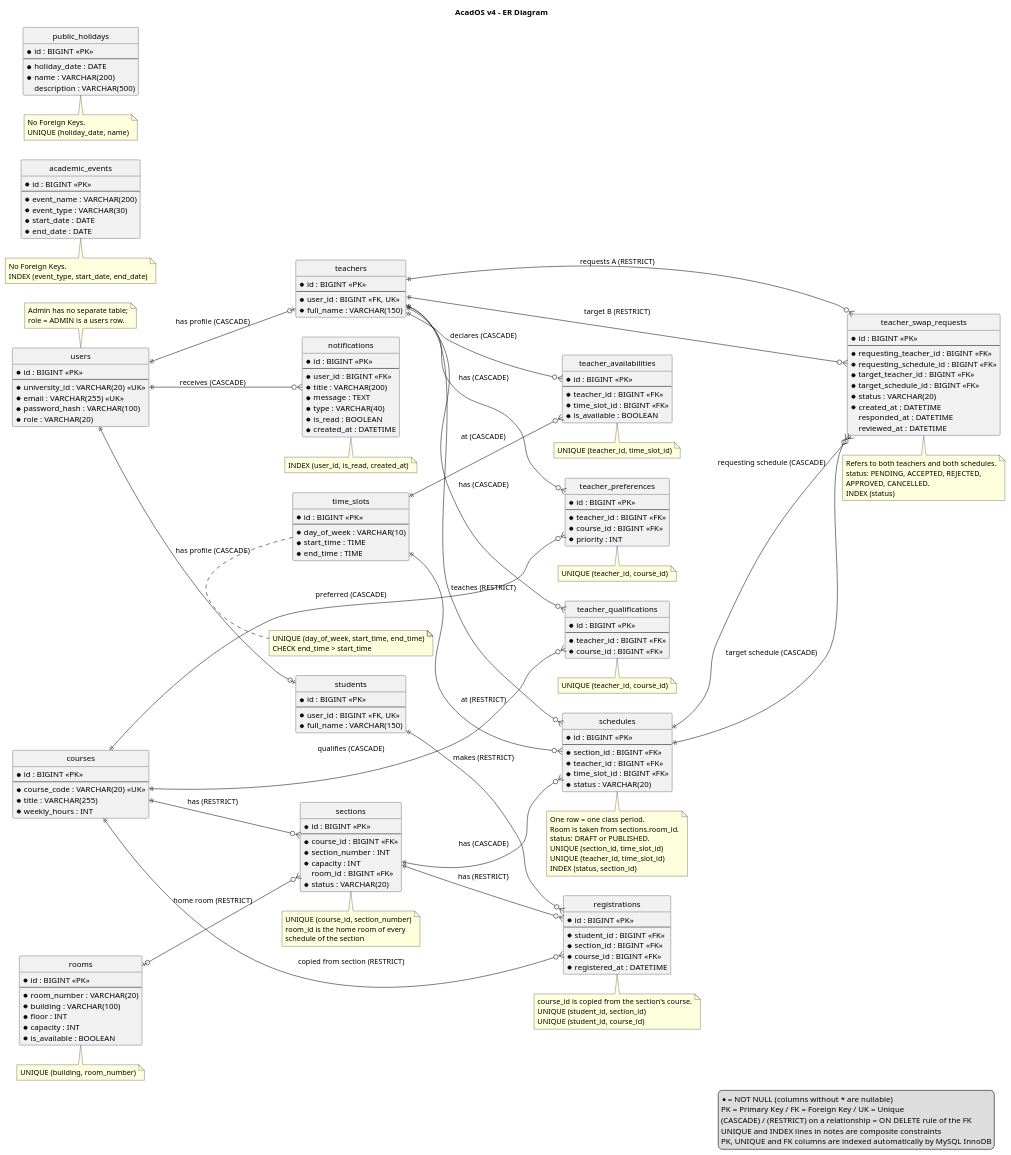
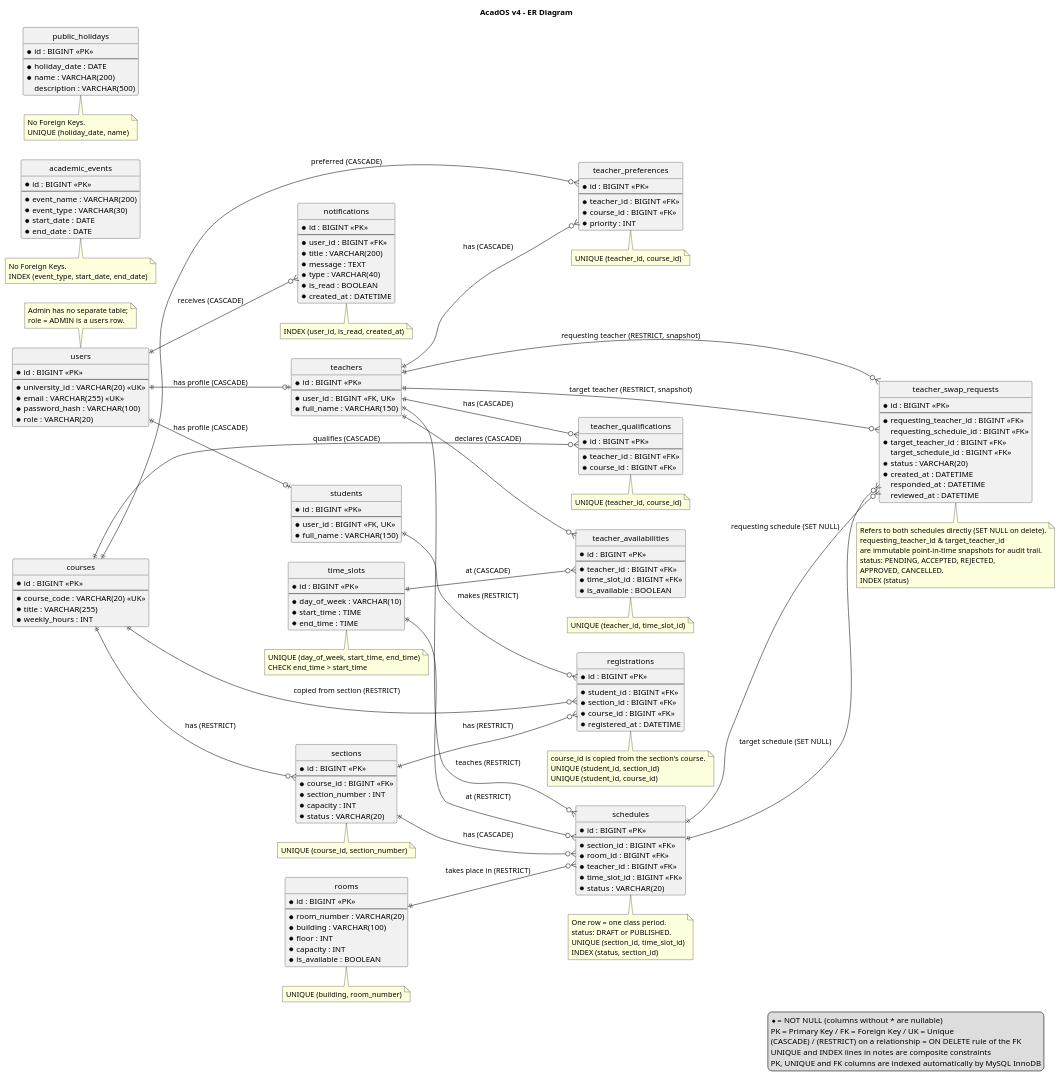
One commit to synthesixer/AcadOS changed the diagram in doc/diagram/ER Diagram.puml. Above: the diagram before and after it, drawn with PlantUML.

Commit message:
แก้ไข ER Diagram
แก้ไข ER Diagram

```diff
--- a/doc/diagram/ER Diagram.puml
+++ b/doc/diagram/ER Diagram.puml
@@ -49,7 +49,6 @@
   * course_id : BIGINT <<FK>>
   * section_number : INT
   * capacity : INT
-  room_id : BIGINT <<FK>>
   * status : VARCHAR(20)
 }
 
@@ -75,6 +74,7 @@
   * id : BIGINT <<PK>>
   --
   * section_id : BIGINT <<FK>>
+  * room_id : BIGINT <<FK>>
   * teacher_id : BIGINT <<FK>>
   * time_slot_id : BIGINT <<FK>>
   * status : VARCHAR(20)
@@ -116,9 +116,9 @@
   * id : BIGINT <<PK>>
   --
   * requesting_teacher_id : BIGINT <<FK>>
-  * requesting_schedule_id : BIGINT <<FK>>
+  requesting_schedule_id : BIGINT <<FK>>
   * target_teacher_id : BIGINT <<FK>>
-  * target_schedule_id : BIGINT <<FK>>
+  target_schedule_id : BIGINT <<FK>>
   * status : VARCHAR(20)
   * created_at : DATETIME
   responded_at : DATETIME
@@ -159,7 +159,7 @@
 users ||--o{ notifications : receives (CASCADE)
 
 courses ||--o{ sections : has (RESTRICT)
-rooms |o--o{ sections : home room (RESTRICT)
+rooms ||--o{ schedules : takes place in (RESTRICT)
 
 sections ||--o{ schedules : has (CASCADE)
 teachers ||--o{ schedules : teaches (RESTRICT)
@@ -178,10 +178,10 @@
 teachers ||--o{ teacher_availabilities : declares (CASCADE)
 time_slots ||--o{ teacher_availabilities : at (CASCADE)
 
-teachers ||--o{ teacher_swap_requests : requests A (RESTRICT)
-teachers ||--o{ teacher_swap_requests : target B (RESTRICT)
-schedules ||--o{ teacher_swap_requests : requesting schedule (CASCADE)
-schedules ||--o{ teacher_swap_requests : target schedule (CASCADE)
+teachers ||--o{ teacher_swap_requests : requesting teacher (RESTRICT, snapshot)
+teachers ||--o{ teacher_swap_requests : target teacher (RESTRICT, snapshot)
+schedules ||--o{ teacher_swap_requests : requesting schedule (SET NULL)
+schedules ||--o{ teacher_swap_requests : target schedule (SET NULL)
 
 ' ---------- Notes: composite UNIQUE / INDEX ----------
 note top of users
@@ -191,8 +191,6 @@
 
 note bottom of sections
   UNIQUE (course_id, section_number)
-  room_id is the home room of every
-  schedule of the section
 end note
 
 note bottom of rooms
@@ -206,10 +204,8 @@
 
 note bottom of schedules
   One row = one class period.
-  Room is taken from sections.room_id.
   status: DRAFT or PUBLISHED.
   UNIQUE (section_id, time_slot_id)
-  UNIQUE (teacher_id, time_slot_id)
   INDEX (status, section_id)
 end note
 
@@ -232,7 +228,9 @@
 end note
 
 note bottom of teacher_swap_requests
-  Refers to both teachers and both schedules.
+  Refers to both schedules directly (SET NULL on delete).
+  requesting_teacher_id & target_teacher_id
+  are immutable point-in-time snapshots for audit trail.
   status: PENDING, ACCEPTED, REJECTED,
   APPROVED, CANCELLED.
   INDEX (status)
```
